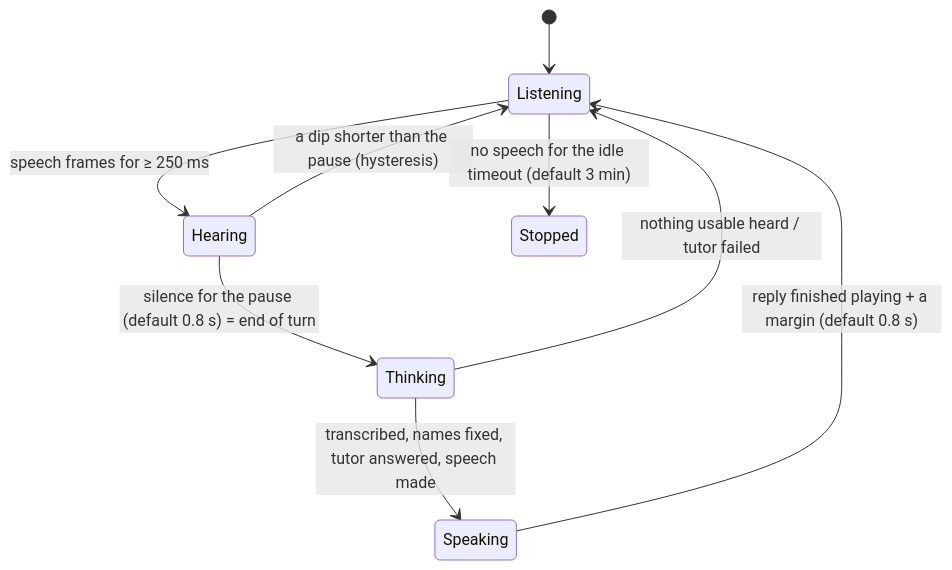
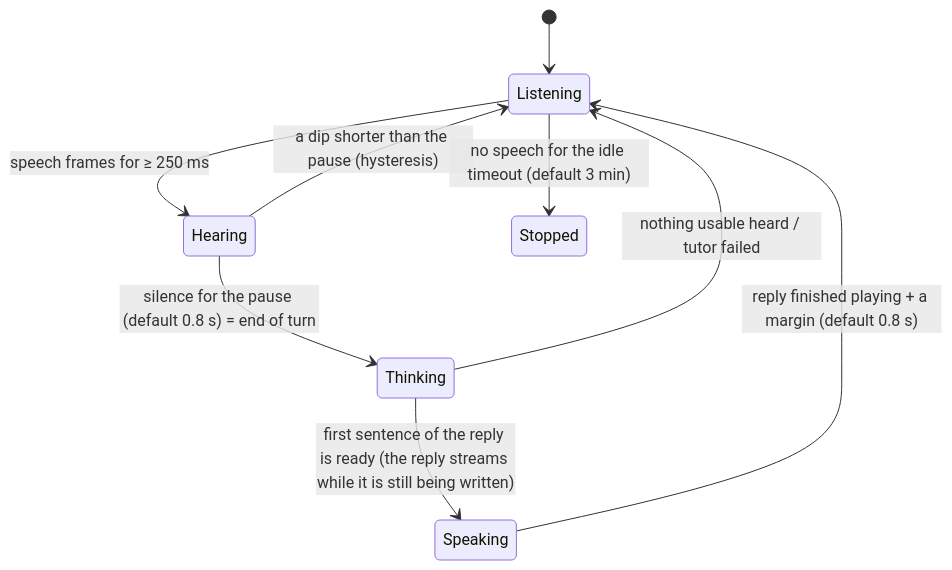
The seventh of 9 diagrams in docs/VOICE_ARCHITECTURE.md (ladangol/discover-canada-semantic-tutor), drawn with Mermaid before and after one commit. The commit also changed other lines of this file and 15 other files, not shown here.

````diff
--- a/docs/VOICE_ARCHITECTURE.md
+++ b/docs/VOICE_ARCHITECTURE.md
@@ -189,11 +189,11 @@
 ```mermaid
 stateDiagram-v2
     [*] --> Listening
     Listening --> Hearing: speech frames for ≥ 250 ms
     Hearing --> Listening: a dip shorter than the pause (hysteresis)
     Hearing --> Thinking: silence for the pause (default 0.8 s) = end of turn
-    Thinking --> Speaking: transcribed, names fixed, tutor answered, speech made
+    Thinking --> Speaking: first sentence of the reply is ready (the reply streams while it is still being written)
     Speaking --> Listening: reply finished playing + a margin (default 0.8 s)
     Thinking --> Listening: nothing usable heard / tutor failed
     Listening --> Stopped: no speech for the idle timeout (default 3 min)
 ```
````
